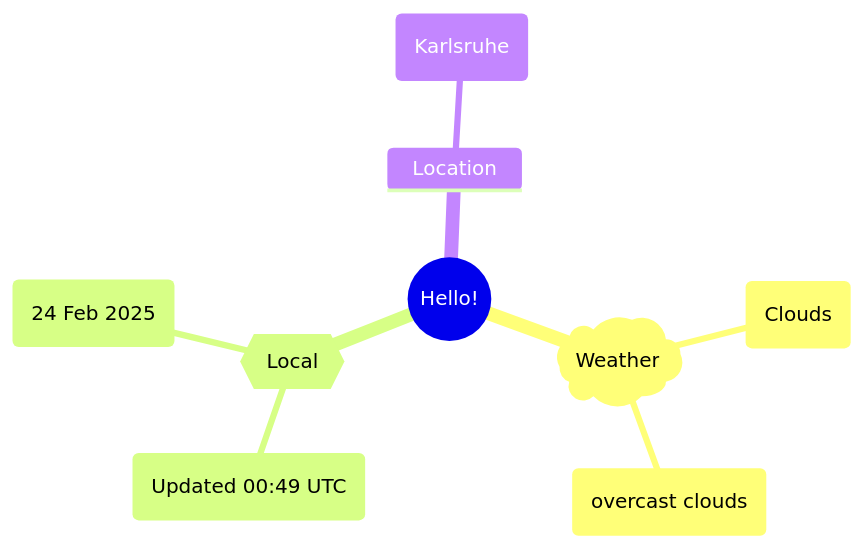
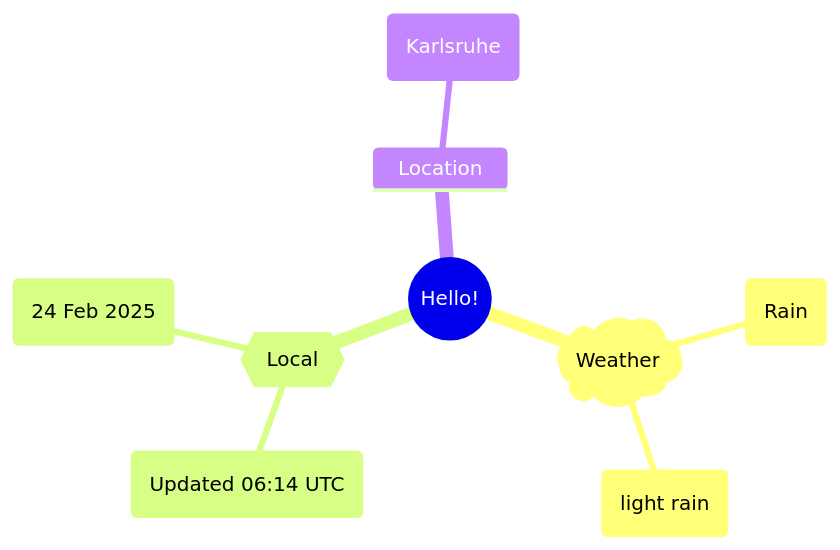
Before and after one commit to Xosrov/Xosrov: the first of 2 diagrams in README.md, drawn with Mermaid.

Commit message:
[bot] updated images

````diff
--- a/README.md
+++ b/README.md
@@ -3,12 +3,12 @@
 ```mermaid
 mindmap
   root((Hello!))
     )Weather(
-        (Clouds)
-        (overcast clouds)
+        (Rain)
+        (light rain)
     {{Local}}
-        (Updated 00:49 UTC)
+        (Updated 06:14 UTC)
         (24 Feb 2025)
     Location
         (Karlsruhe)
 ```
````
